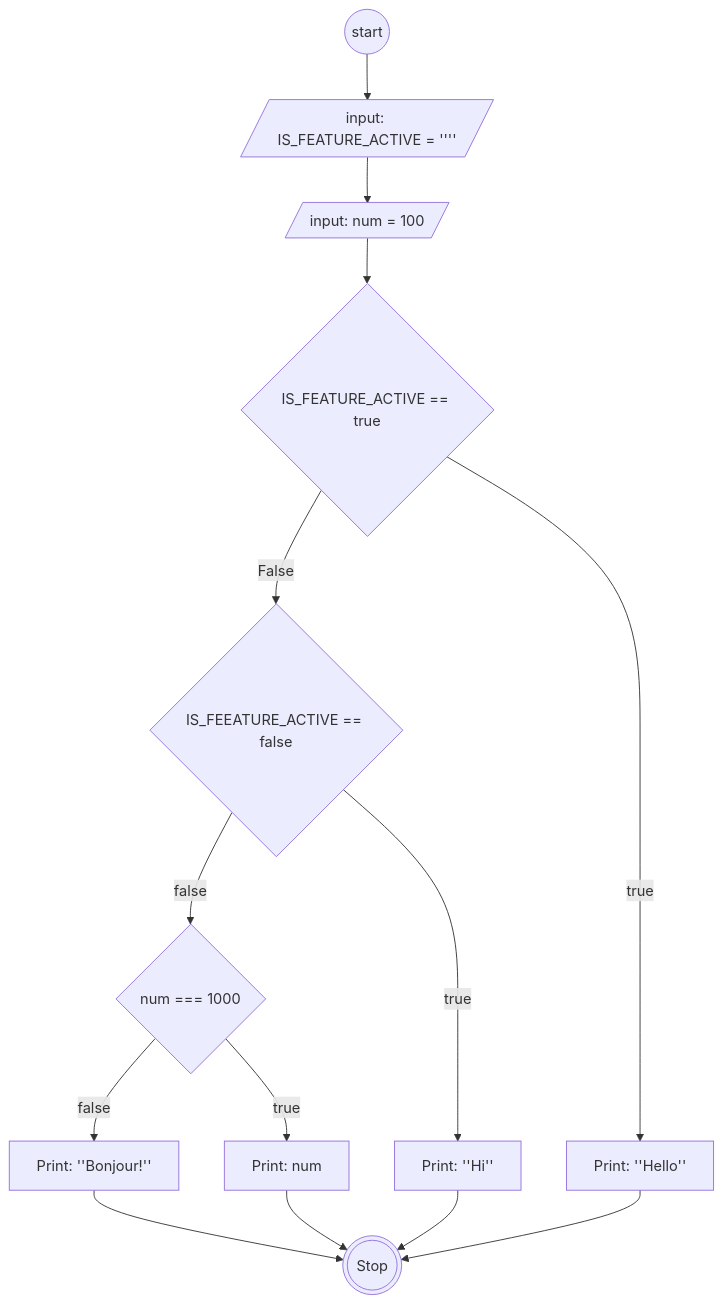
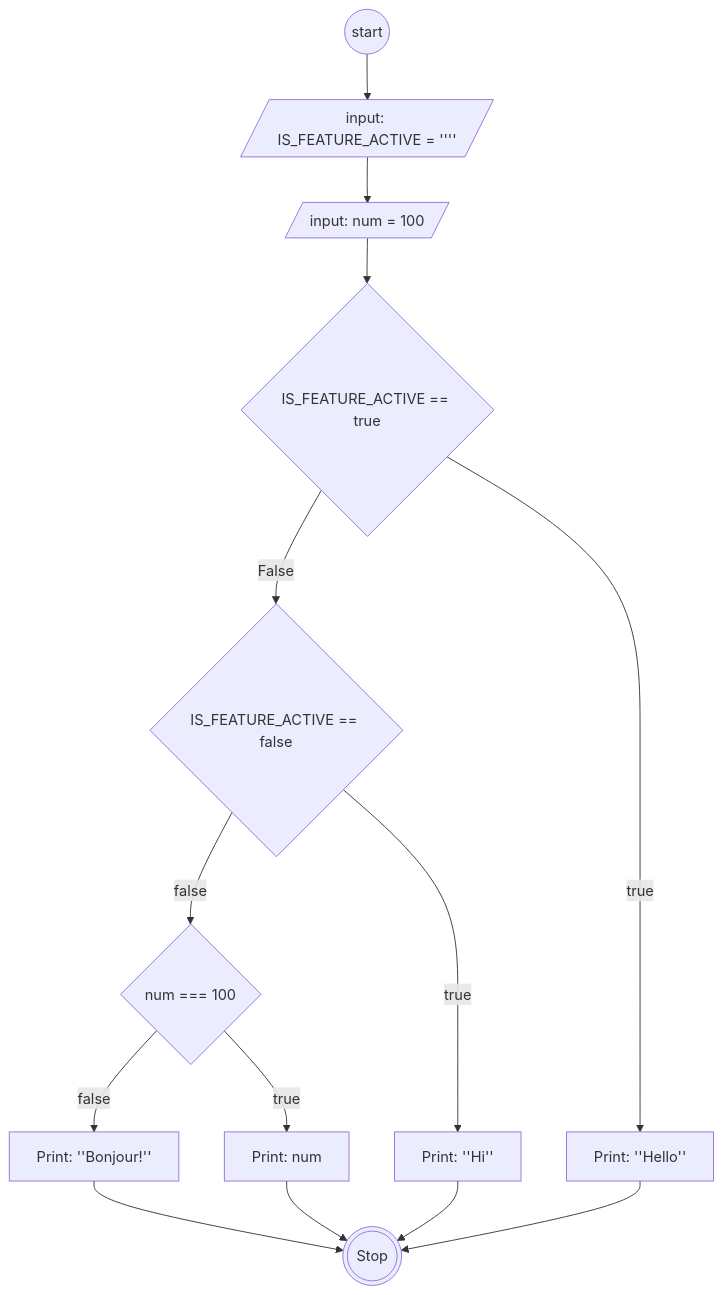
One commit to AbiPasundan/koda-b6-javascript1 changed the diagram in flowchart-switch.md. Above: the diagram before and after it, drawn with Mermaid.

````diff
--- a/flowchart-switch.md
+++ b/flowchart-switch.md
@@ -3,25 +3,25 @@
 ```mermaid
     flowchart TB
         Start@{ shape: circ, label: "start"}
         IS_FEATURE_ACTIVE@{ shape: lean-r, label: "input: IS_FEATURE_ACTIVE = ''''"}
         num@{ shape: lean-r, label: "input: num = 100"}
 
         CaseTrue@{ shape: diamond, label: "IS_FEATURE_ACTIVE == true"}
         OutputTrue@{ shape: rect, label: "Print: ''Hello''"}
 
-        CaseFalse@{ shape: diamond, label: "IS_FEEATURE_ACTIVE == false"}
+        CaseFalse@{ shape: diamond, label: "IS_FEATURE_ACTIVE == false"}
         OutputFalse@{ shape: rect, label: "Print: ''Hi''"}
 
-        Default@{ shape: diamond, label: "num === 1000"}
+        Default@{ shape: diamond, label: "num === 100"}
         DefaultTrue@{ shape: rect, label: "Print: num"}
         DefaultFalse@{ shape: rect, label: "Print: ''Bonjour!''"}
 
         Stop@{ shape: dbl-circ, label: "Stop"}
 
     Start-->IS_FEATURE_ACTIVE-->num-->CaseTrue-->|False|CaseFalse-->|false|Default-->|false|DefaultFalse-->Stop
 
     CaseTrue-->|true|OutputTrue-->Stop
     CaseFalse-->|true|OutputFalse-->Stop
 
     Default-->|true|DefaultTrue-->Stop
 ```
````
